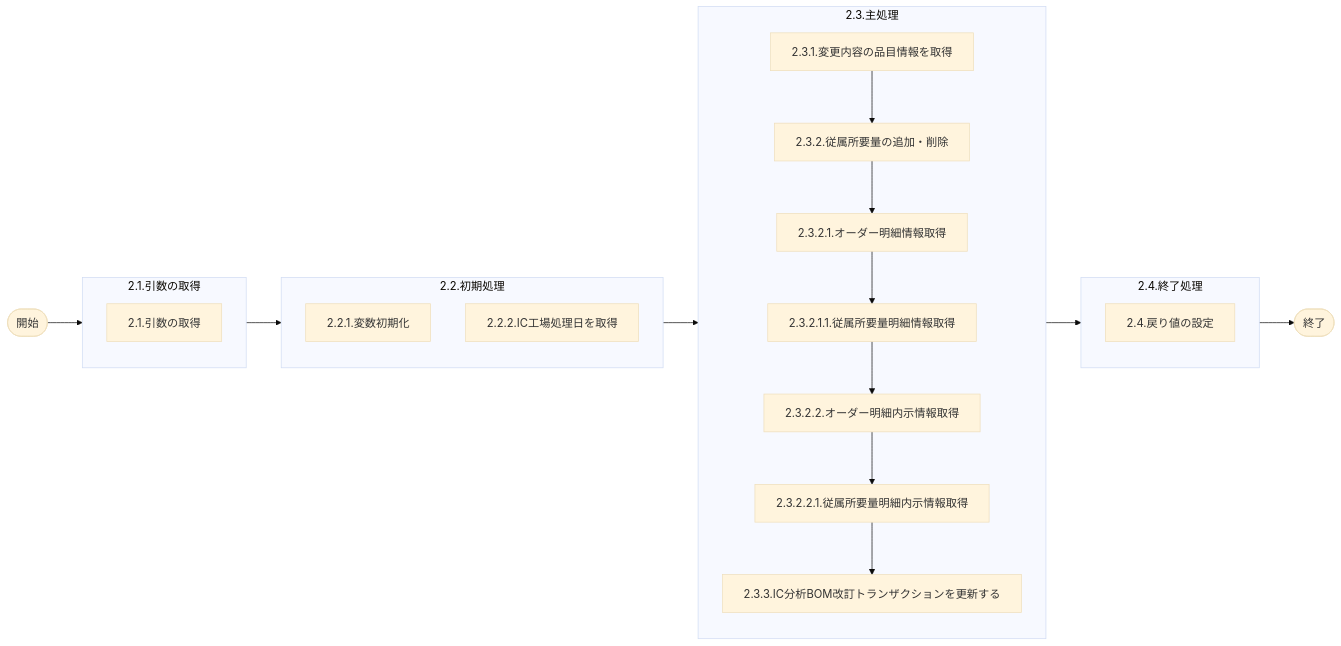
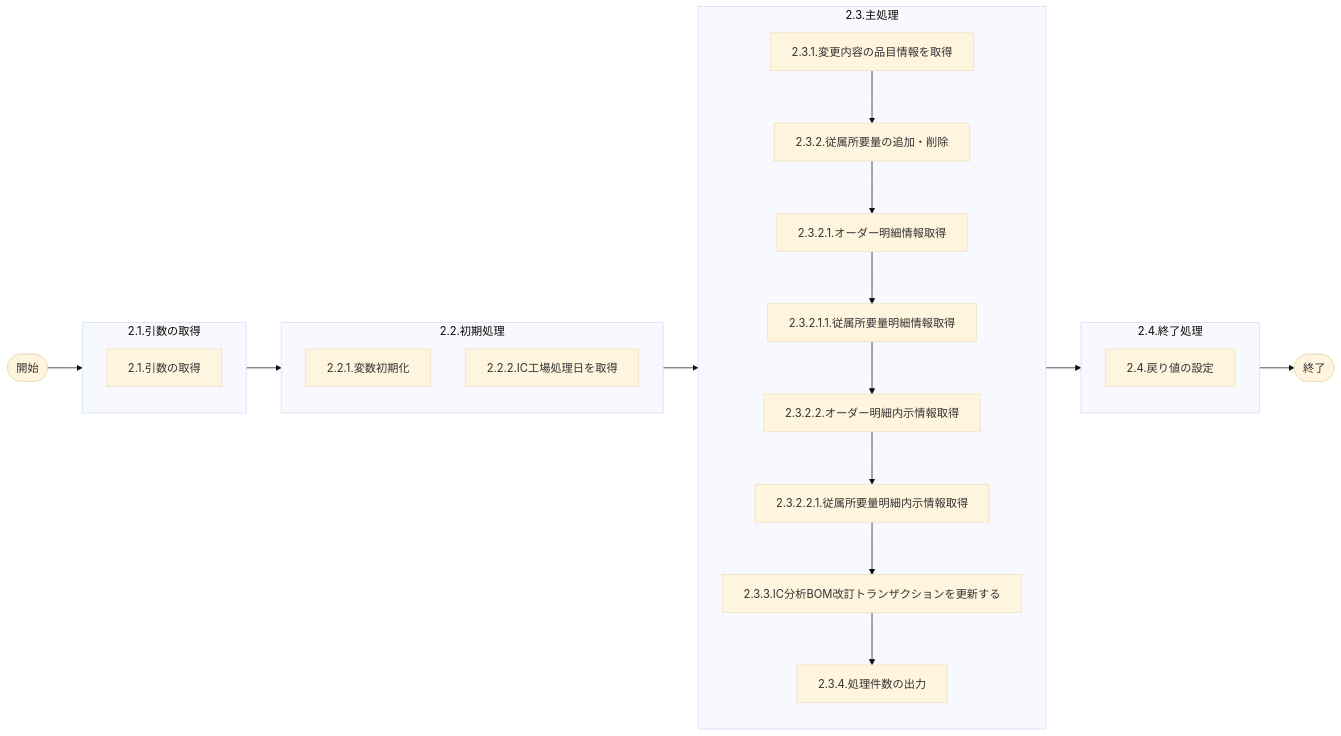
The diagram in LDPS0001_詳細設計_製品構成／所要量管理変更.md (huangyiyong-xm/GIMAC_IC_design), drawn with Mermaid (base theme) before and after one commit. The commit also changed other lines of this file and 3 other files, not shown here.

````diff
--- a/LDPS0001_詳細設計_製品構成／所要量管理変更.md
+++ b/LDPS0001_詳細設計_製品構成／所要量管理変更.md
@@ -26,36 +26,37 @@
 ```mermaid
 flowchart LR
    %% メインフローブランチ
    start(["開始"]) --> argBlock --> initBlock --> mainBlock --> endBlock --> endStatus(["終了"])
  
    %% 引数処理詳細フロー
    subgraph argBlock ["2.1.引数の取得"]
      arg_process_and_check["<div style='white-space: nowrap;'>2.1.引数の取得</div>"]
    end
  
    %% 初期処理詳細フロー
    subgraph initBlock ["2.2.初期処理"]
       init_process["<div style='white-space: nowrap;'>2.2.1.変数初期化</div>"]
       getSlipDate["<div style='white-space: nowrap;'>2.2.2.IC工場処理日を取得</div>"]
    end
  
    %% 主処理詳細フロー
    subgraph mainBlock ["2.3.主処理"]
      main_process["<div style='white-space: nowrap;'>2.3.1.変更内容の品目情報を取得</div>"] 
      main_process --> InsertDelete["<div style='white-space: nowrap;'>2.3.2.従属所要量の追加・削除</div>"] 
      InsertDelete --> getTrnOrder["<div style='white-space: nowrap;'>2.3.2.1.オーダー明細情報取得</div>"] 
      getTrnOrder --> trnInsertDelete["<div style='white-space: nowrap;'>2.3.2.1.1.従属所要量明細情報取得</div>"] 
      trnInsertDelete --> getDrdOrder["<div style='white-space: nowrap;'>2.3.2.2.オーダー明細内示情報取得</div>"] 
      getDrdOrder --> drdInsertDelete["<div style='white-space: nowrap;'>2.3.2.2.1.従属所要量明細内示情報取得</div>"] 
      drdInsertDelete --> updateDerev["<div style='white-space: nowrap;'>2.3.3.IC分析BOM改訂トランザクションを更新する</div>"]
+     updateDerev --> log["<div style='white-space: nowrap;'>2.3.4.処理件数の出力</div>"]
 
    end
  
    %% 終了処理
    subgraph endBlock ["2.4.終了処理"]
      end_process["<div style='white-space: nowrap;'>2.4.戻り値の設定</div>"]
    end
  
    class start,end_process startEnd
    class arg_process,init_process,main_process process
 ```
````
